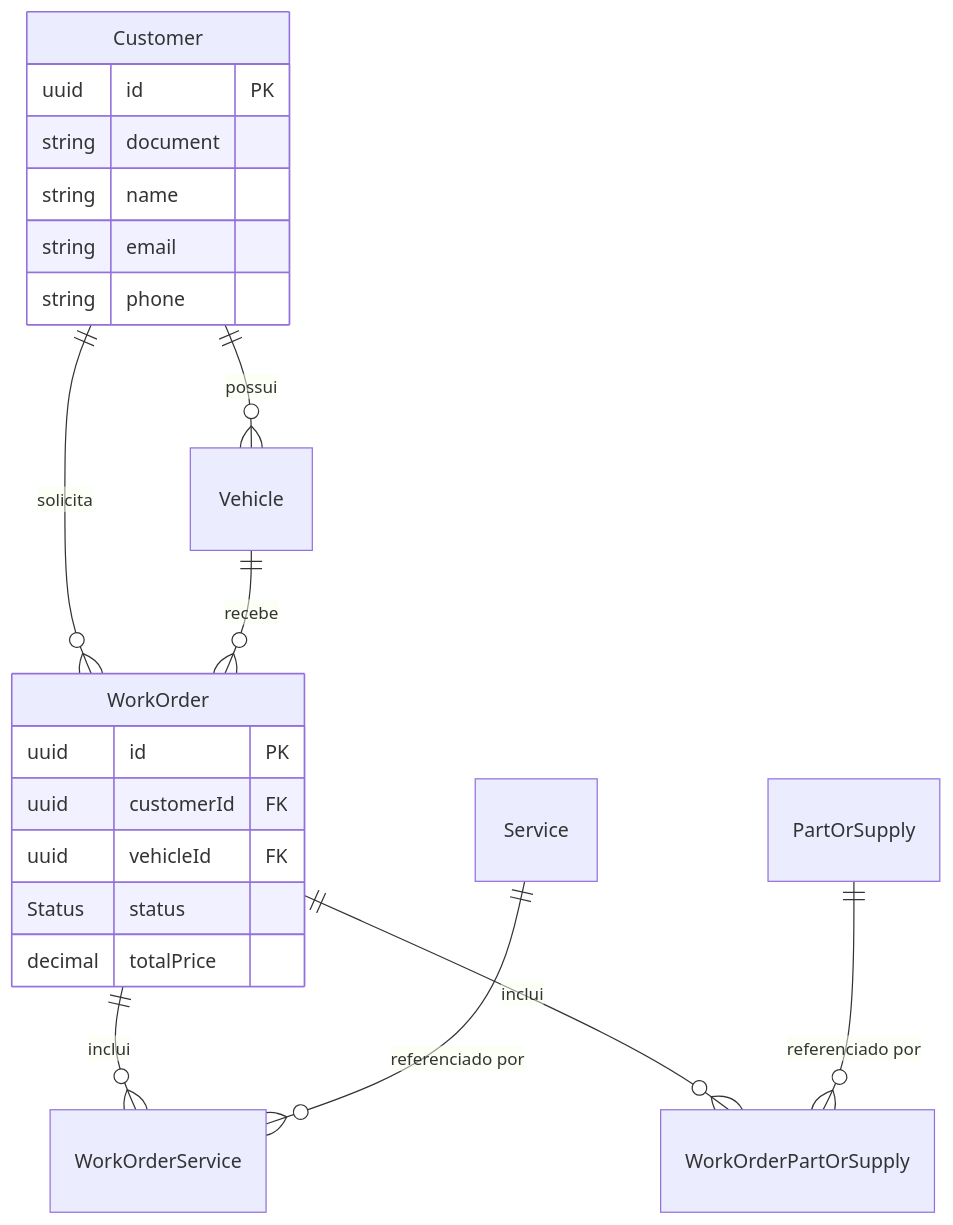
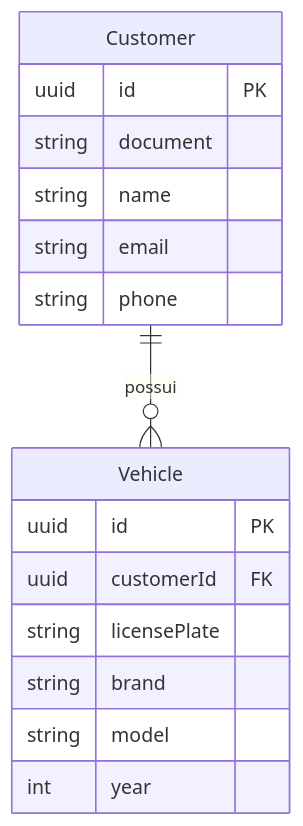
The second of 2 diagrams in README.md (vctrlima/fiap-13soat-auto-repair-shop-db), drawn with Mermaid before and after one commit. The commit also changed other lines of this file and 6 other files, not shown here.

Commit message:
docs: update README.md and ADR for database structure and architectural decisions refactor: modify initial schema and remove cross-service foreign keys terraform: adjust database names and add PostgreSQL provider for additional databases

````diff
--- a/README.md
+++ b/README.md
@@ -189,25 +196,20 @@
 ```mermaid
 erDiagram
     Customer ||--o{ Vehicle : "possui"
-    Customer ||--o{ WorkOrder : "solicita"
-    Vehicle ||--o{ WorkOrder : "recebe"
-    WorkOrder ||--o{ WorkOrderService : "inclui"
-    WorkOrder ||--o{ WorkOrderPartOrSupply : "inclui"
-    Service ||--o{ WorkOrderService : "referenciado por"
-    PartOrSupply ||--o{ WorkOrderPartOrSupply : "referenciado por"
 
     Customer {
         uuid id PK
         string document
         string name
         string email
         string phone
     }
-    WorkOrder {
+    Vehicle {
         uuid id PK
         uuid customerId FK
-        uuid vehicleId FK
-        Status status
-        decimal totalPrice
+        string licensePlate
+        string brand
+        string model
+        int year
     }
 ```
````
